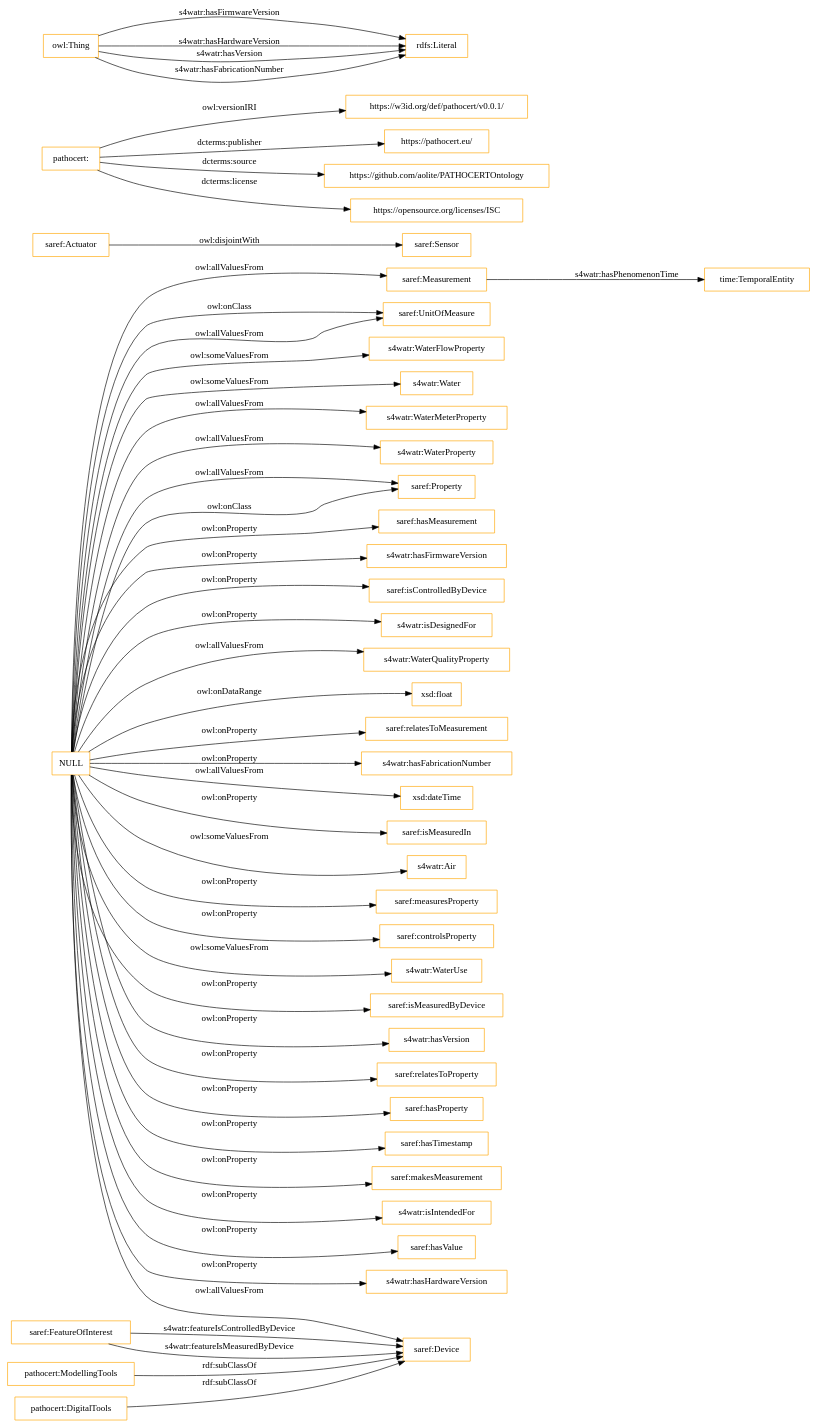
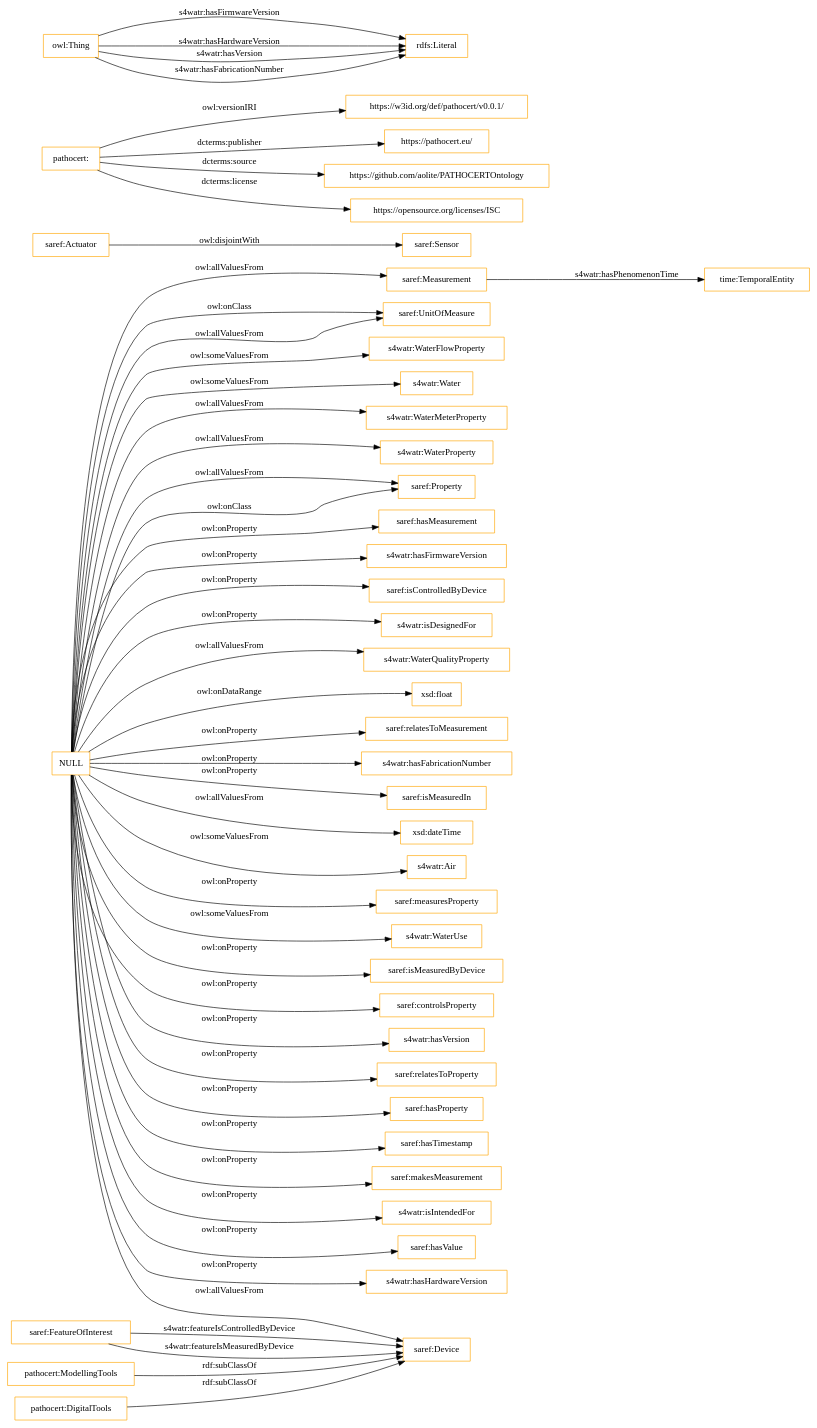
The diagram in OnToology/ontologies/pathocert_ontology.ttl/diagrams/ar2dtool-class/pathocert_ontology.ttl.png.dot (ColoDidac/EurecatOntologies), drawn with Graphviz before and after one commit. The commit also changed other lines of this file and 7 other files, not shown here.

```diff
--- a/OnToology/ontologies/pathocert_ontology.ttl/diagrams/ar2dtool-class/pathocert_ontology.ttl.png.dot
+++ b/OnToology/ontologies/pathocert_ontology.ttl/diagrams/ar2dtool-class/pathocert_ontology.ttl.png.dot
@@ -1,53 +1,53 @@
 digraph ar2dtool_diagram { 
 rankdir=LR;
 size="1501"
 node [shape = rectangle, color="orange"]; "saref:Measurement" "saref:UnitOfMeasure" "saref:FeatureOfInterest" "saref:Device" "s4watr:WaterFlowProperty" "pathocert:ModellingTools" "saref:Actuator" "s4watr:Water" "time:TemporalEntity" "pathocert:DigitalTools" "s4watr:WaterMeterProperty" "saref:Sensor" "s4watr:WaterProperty" "saref:Property" ; /*classes style*/
 	"saref:Actuator" -> "saref:Sensor" [ label = "owl:disjointWith" ];
 	"pathocert:ModellingTools" -> "saref:Device" [ label = "rdf:subClassOf" ];
 	"NULL" -> "saref:hasMeasurement" [ label = "owl:onProperty" ];
 	"NULL" -> "s4watr:hasFirmwareVersion" [ label = "owl:onProperty" ];
 	"NULL" -> "saref:isControlledByDevice" [ label = "owl:onProperty" ];
 	"NULL" -> "s4watr:isDesignedFor" [ label = "owl:onProperty" ];
 	"NULL" -> "s4watr:WaterQualityProperty" [ label = "owl:allValuesFrom" ];
 	"NULL" -> "saref:Device" [ label = "owl:allValuesFrom" ];
 	"NULL" -> "xsd:float" [ label = "owl:onDataRange" ];
 	"NULL" -> "saref:relatesToMeasurement" [ label = "owl:onProperty" ];
 	"NULL" -> "s4watr:hasFabricationNumber" [ label = "owl:onProperty" ];
+	"NULL" -> "s4watr:WaterFlowProperty" [ label = "owl:someValuesFrom" ];
+	"NULL" -> "saref:isMeasuredIn" [ label = "owl:onProperty" ];
 	"NULL" -> "xsd:dateTime" [ label = "owl:allValuesFrom" ];
-	"NULL" -> "saref:isMeasuredIn" [ label = "owl:onProperty" ];
-	"NULL" -> "s4watr:WaterFlowProperty" [ label = "owl:someValuesFrom" ];
 	"NULL" -> "saref:Property" [ label = "owl:allValuesFrom" ];
 	"NULL" -> "saref:UnitOfMeasure" [ label = "owl:onClass" ];
 	"NULL" -> "s4watr:Air" [ label = "owl:someValuesFrom" ];
 	"NULL" -> "saref:measuresProperty" [ label = "owl:onProperty" ];
+	"NULL" -> "s4watr:WaterUse" [ label = "owl:someValuesFrom" ];
+	"NULL" -> "saref:isMeasuredByDevice" [ label = "owl:onProperty" ];
+	"NULL" -> "saref:Property" [ label = "owl:onClass" ];
 	"NULL" -> "saref:controlsProperty" [ label = "owl:onProperty" ];
-	"NULL" -> "s4watr:WaterUse" [ label = "owl:someValuesFrom" ];
-	"NULL" -> "saref:Property" [ label = "owl:onClass" ];
-	"NULL" -> "saref:isMeasuredByDevice" [ label = "owl:onProperty" ];
 	"NULL" -> "s4watr:WaterMeterProperty" [ label = "owl:allValuesFrom" ];
 	"NULL" -> "s4watr:hasVersion" [ label = "owl:onProperty" ];
 	"NULL" -> "saref:relatesToProperty" [ label = "owl:onProperty" ];
 	"NULL" -> "saref:hasProperty" [ label = "owl:onProperty" ];
 	"NULL" -> "saref:hasTimestamp" [ label = "owl:onProperty" ];
 	"NULL" -> "saref:makesMeasurement" [ label = "owl:onProperty" ];
 	"NULL" -> "s4watr:isIntendedFor" [ label = "owl:onProperty" ];
 	"NULL" -> "saref:UnitOfMeasure" [ label = "owl:allValuesFrom" ];
 	"NULL" -> "saref:hasValue" [ label = "owl:onProperty" ];
+	"NULL" -> "s4watr:hasHardwareVersion" [ label = "owl:onProperty" ];
 	"NULL" -> "s4watr:WaterProperty" [ label = "owl:allValuesFrom" ];
-	"NULL" -> "s4watr:hasHardwareVersion" [ label = "owl:onProperty" ];
 	"NULL" -> "s4watr:Water" [ label = "owl:someValuesFrom" ];
 	"NULL" -> "saref:Measurement" [ label = "owl:allValuesFrom" ];
 	"pathocert:DigitalTools" -> "saref:Device" [ label = "rdf:subClassOf" ];
 	"pathocert:" -> "https://w3id.org/def/pathocert/v0.0.1/" [ label = "owl:versionIRI" ];
 	"pathocert:" -> "https://pathocert.eu/" [ label = "dcterms:publisher" ];
 	"pathocert:" -> "https://github.com/aolite/PATHOCERTOntology" [ label = "dcterms:source" ];
 	"pathocert:" -> "https://opensource.org/licenses/ISC" [ label = "dcterms:license" ];
 	"saref:FeatureOfInterest" -> "saref:Device" [ label = "s4watr:featureIsControlledByDevice" ];
 	"saref:Measurement" -> "time:TemporalEntity" [ label = "s4watr:hasPhenomenonTime" ];
 	"owl:Thing" -> "rdfs:Literal" [ label = "s4watr:hasFirmwareVersion" ];
 	"owl:Thing" -> "rdfs:Literal" [ label = "s4watr:hasHardwareVersion" ];
 	"saref:FeatureOfInterest" -> "saref:Device" [ label = "s4watr:featureIsMeasuredByDevice" ];
 	"owl:Thing" -> "rdfs:Literal" [ label = "s4watr:hasVersion" ];
 	"owl:Thing" -> "rdfs:Literal" [ label = "s4watr:hasFabricationNumber" ];
 
 }
```
